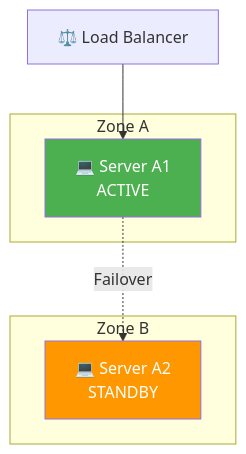
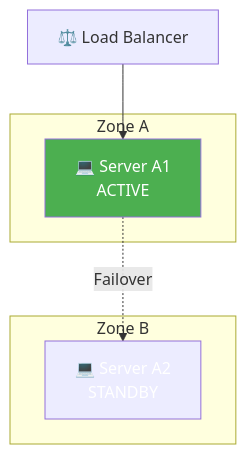
The fourth of 14 diagrams in docs/formations/cloud-fundamentals/05-module.md (VBlackJack/ShellBook), drawn with Mermaid before and after one commit. The commit also changed other lines of this file and 337 other files, not shown here.

First line of the commit message:
refactor(docs): Standardize code blocks and Mermaid colors

````diff
--- a/docs/formations/cloud-fundamentals/05-module.md
+++ b/docs/formations/cloud-fundamentals/05-module.md
@@ -120,16 +120,16 @@
 ```mermaid
 graph TB
     LB["⚖️ Load Balancer"]
     subgraph "Zone A"
         A1["💻 Server A1<br/>ACTIVE"]
     end
     subgraph "Zone B"
         A2["💻 Server A2<br/>STANDBY"]
     end
 
     LB --> A1
     A1 -.->|"Failover"| A2
 
     style A1 fill:#4caf50,color:#fff
-    style A2 fill:#ff9800,color:#fff
+    style A2 fill:#FF9800800800,color:#fff
 ```
````
